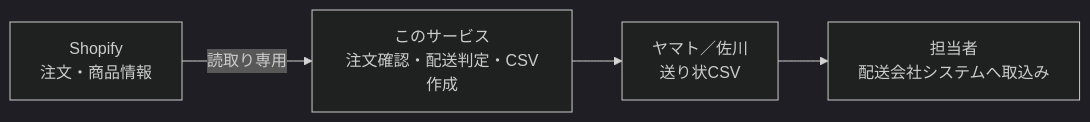
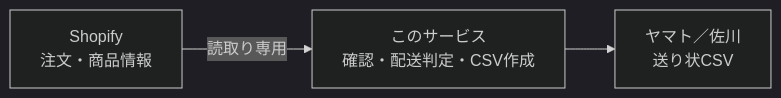
Before and after one commit to UNLegume/csv_transfer_for_wakou: the first of 2 diagrams in README.md, drawn with Mermaid (dark theme). The commit also changed other lines of this file, not shown here.

````diff
--- a/README.md
+++ b/README.md
@@ -11,9 +11,8 @@
 ```mermaid
 flowchart LR
     SHOP["Shopify<br/>注文・商品情報"]
-    APP["このサービス<br/>注文確認・配送判定・CSV作成"]
+    APP["このサービス<br/>確認・配送判定・CSV作成"]
     CSV["ヤマト／佐川<br/>送り状CSV"]
-    HUMAN["担当者<br/>配送会社システムへ取込み"]
 
-    SHOP -->|読取り専用| APP --> CSV --> HUMAN
+    SHOP -->|読取り専用| APP --> CSV
 ```
````
